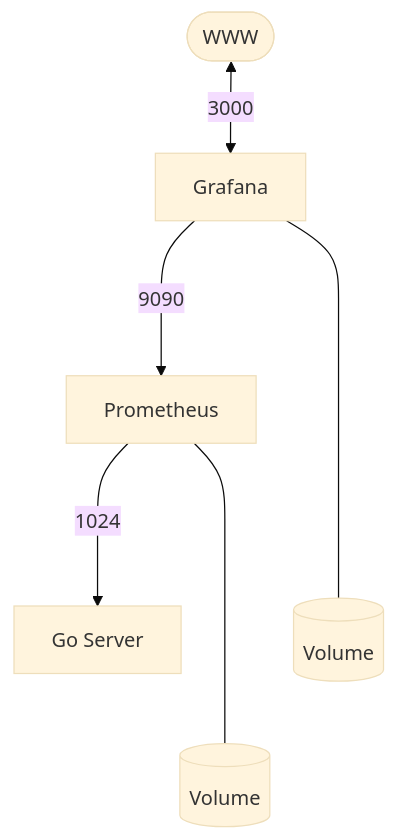
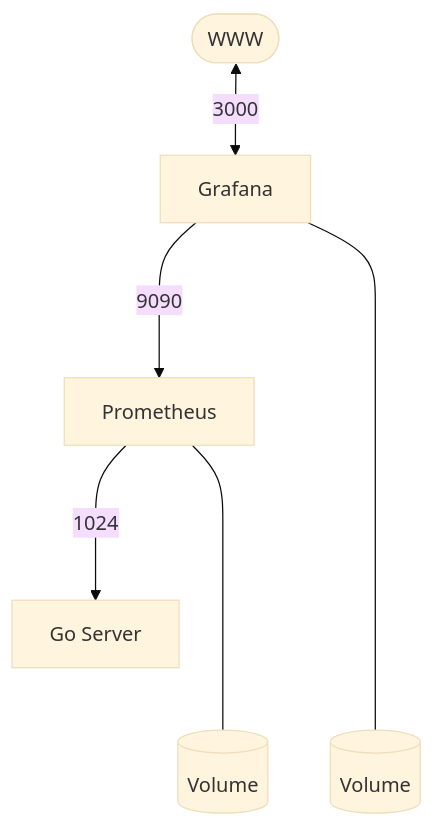
The diagram in sysmetrics/README.md (s-gas/hauslab), drawn with Mermaid (base theme) before and after one commit.

Commit message:
Align volumes

````diff
--- a/sysmetrics/README.md
+++ b/sysmetrics/README.md
@@ -11,16 +11,16 @@
 ```mermaid
 flowchart TB
     A([WWW])
     B[Grafana]
     C[Prometheus]
     D[Go Server]
     E[(Volume)]
     F[(Volume)]
 
     A <-->|3000| B
     B --->|9090| C
     C --->|1024| D
 
-    B ------ E
+    B ------- E
     C ----- F
 ```
````
